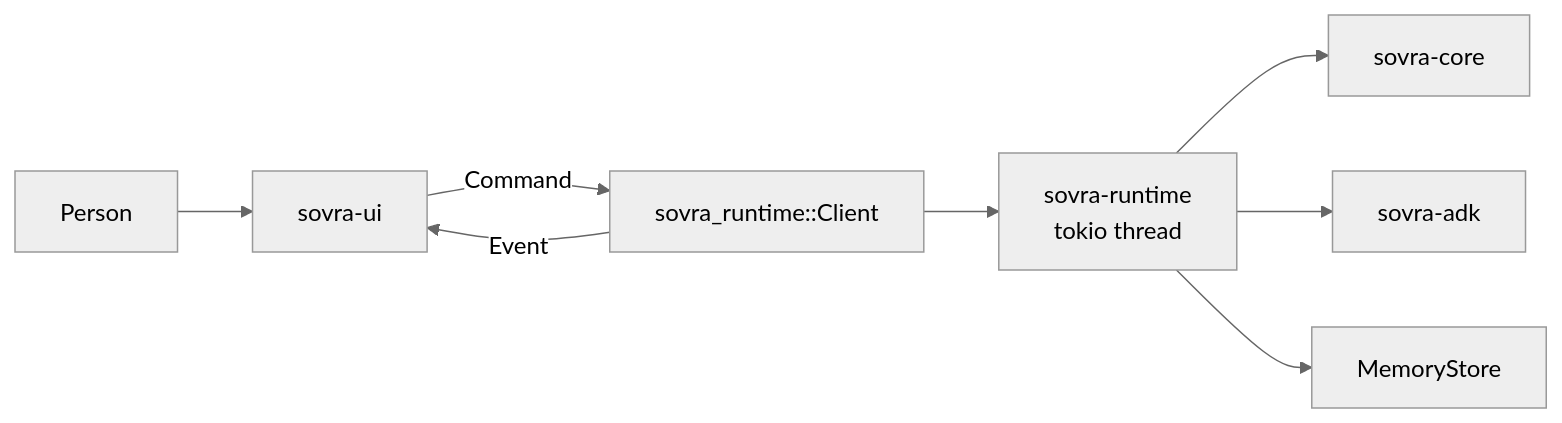
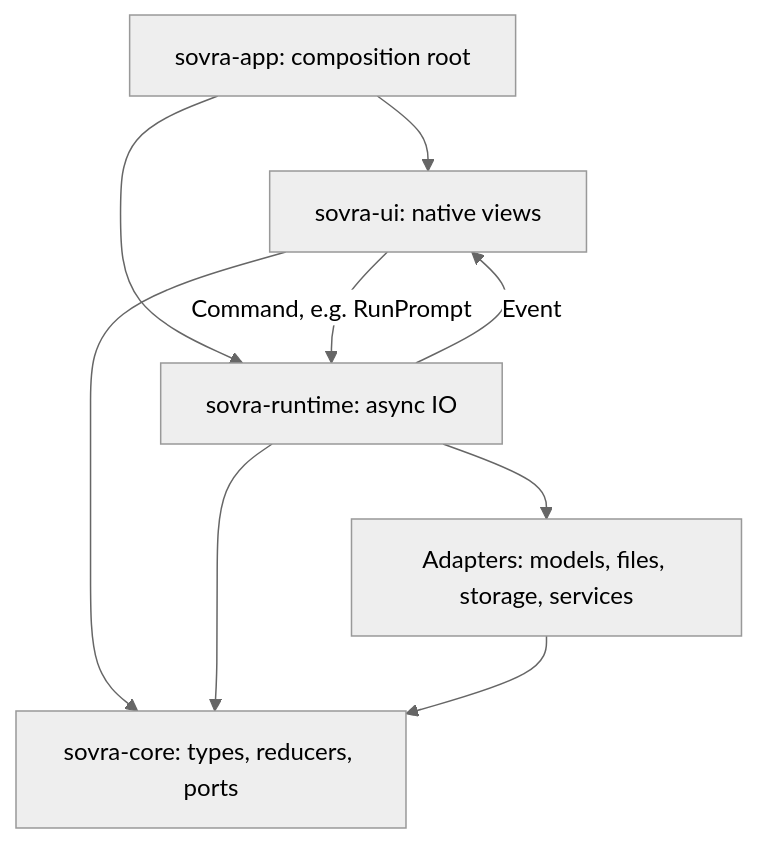
The diagram in README.md (Sovra-AI/SovraHarness), drawn with Mermaid (neutral theme) before and after one commit. The commit also changed other lines of this file and 40 other files, not shown here.

````diff
--- a/README.md
+++ b/README.md
@@ -207,10 +126,11 @@
 ```mermaid
-flowchart LR
-  person[Person] --> ui["sovra-ui"]
-  ui -->|"Command"| client["sovra_runtime::Client"]
-  client -->|"Event"| ui
-  client --> runtime["sovra-runtime<br/>tokio thread"]
-  runtime --> core["sovra-core"]
-  runtime --> adk["sovra-adk"]
-  runtime --> store["MemoryStore"]
+flowchart TB
+  app["sovra-app: composition root"] --> ui["sovra-ui: native views"]
+  app --> runtime["sovra-runtime: async IO"]
+  ui -->|"Command, e.g. RunPrompt"| runtime
+  runtime -->|"Event"| ui
+  ui --> core["sovra-core: types, reducers, ports"]
+  runtime --> core
+  runtime --> adapters["Adapters: models, files, storage, services"]
+  adapters --> core
 ```
````
